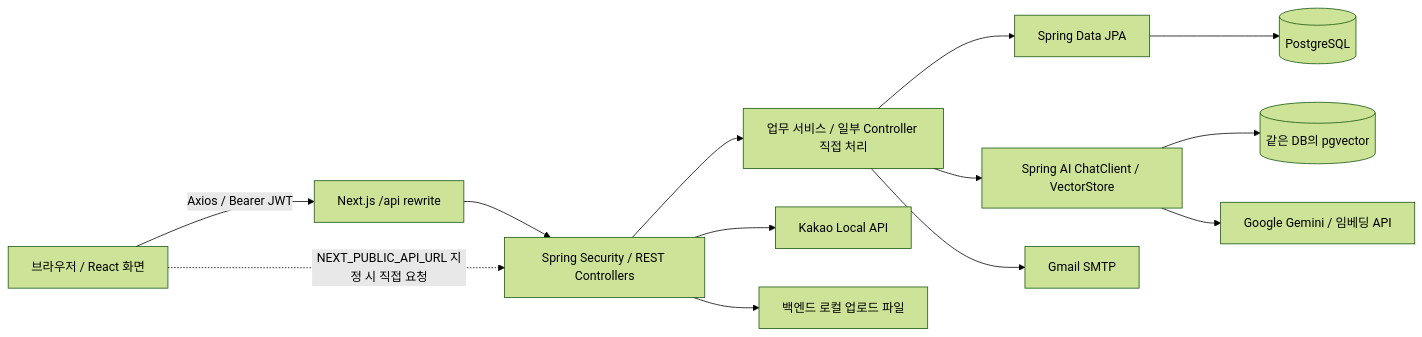
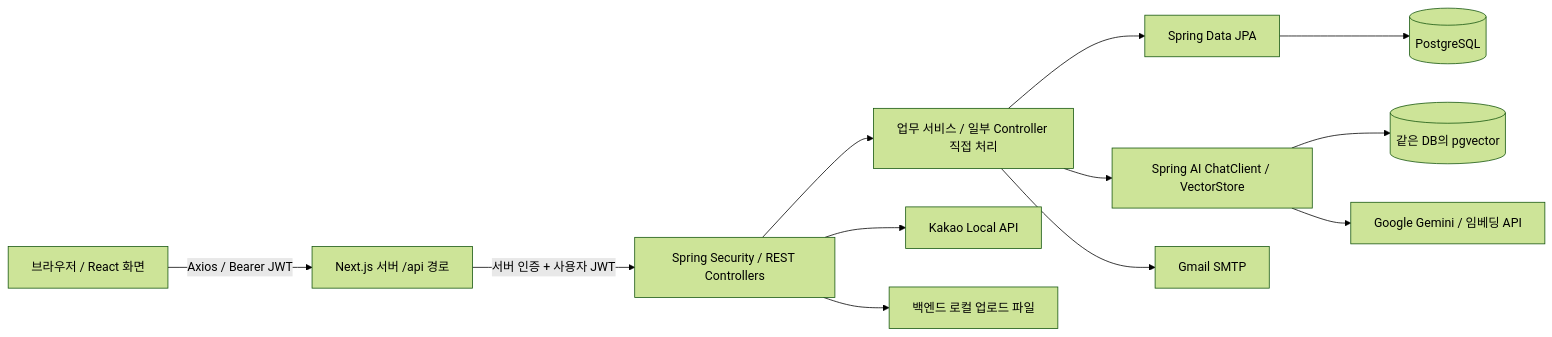
The first of 2 diagrams in agents/ARCHITECTURE.md (Zerolight90/Icare), drawn with Mermaid (forest theme) before and after one commit. The commit also changed other lines of this file and 60 other files, not shown here.

````diff
--- a/agents/ARCHITECTURE.md
+++ b/agents/ARCHITECTURE.md
@@ -9,15 +11,14 @@
 ```mermaid
 flowchart LR
-    Browser[브라우저 / React 화면] -->|Axios / Bearer JWT| Next[Next.js /api rewrite]
-    Next --> API[Spring Security / REST Controllers]
-    Browser -. NEXT_PUBLIC_API_URL 지정 시 직접 요청 .-> API
+    Browser[브라우저 / React 화면] -->|Axios / Bearer JWT| Next[Next.js 서버 /api 경로]
+    Next -->|서버 인증 + 사용자 JWT| API[Spring Security / REST Controllers]
     API --> Services[업무 서비스 / 일부 Controller 직접 처리]
     Services --> JPA[Spring Data JPA]
     JPA --> DB[(PostgreSQL)]
     Services --> AI[Spring AI ChatClient / VectorStore]
     AI --> Vector[(같은 DB의 pgvector)]
     AI --> Gemini[Google Gemini / 임베딩 API]
     Services --> SMTP[Gmail SMTP]
     API --> Kakao[Kakao Local API]
     API --> Files[백엔드 로컬 업로드 파일]
 ```
````
